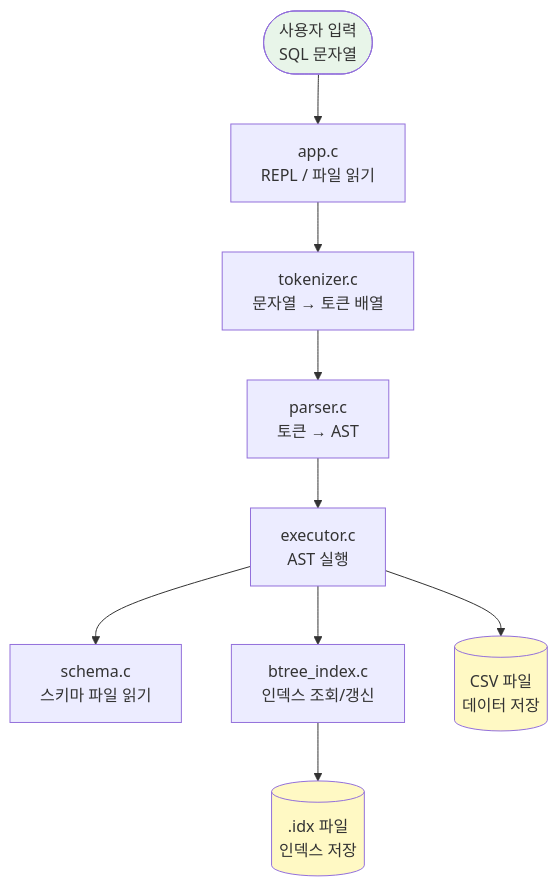
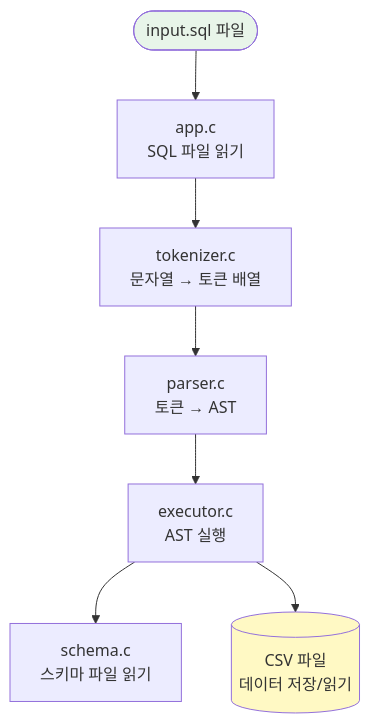
One commit to Jungle-12-303/week6-team5-sql changed the first of 10 diagrams in GUIDE.md. Above: the diagram before and after it, drawn with Mermaid. The commit also changed other lines of this file, not shown here.

````diff
--- a/GUIDE.md
+++ b/GUIDE.md
@@ -79,15 +88,12 @@
 ```mermaid
 flowchart TD
-    A([사용자 입력\nSQL 문자열]) --> B[app.c\nREPL / 파일 읽기]
-    B --> C[tokenizer.c\n문자열 → 토큰 배열]
-    C --> D[parser.c\n토큰 → AST]
-    D --> E[executor.c\nAST 실행]
-    E --> F[schema.c\n스키마 파일 읽기]
-    E --> G[btree_index.c\n인덱스 조회/갱신]
-    E --> H[(CSV 파일\n데이터 저장)]
-    G --> I[(.idx 파일\n인덱스 저장)]
+    A(["input.sql 파일"]) --> B["app.c\nSQL 파일 읽기"]
+    B --> C["tokenizer.c\n문자열 → 토큰 배열"]
+    C --> D["parser.c\n토큰 → AST"]
+    D --> E["executor.c\nAST 실행"]
+    E --> F["schema.c\n스키마 파일 읽기"]
+    E --> G[("CSV 파일\n데이터 저장/읽기")]
 
     style A fill:#e8f5e9
-    style H fill:#fff9c4
-    style I fill:#fff9c4
+    style G fill:#fff9c4
 ```
````
